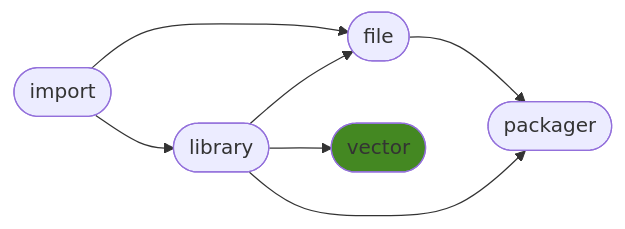
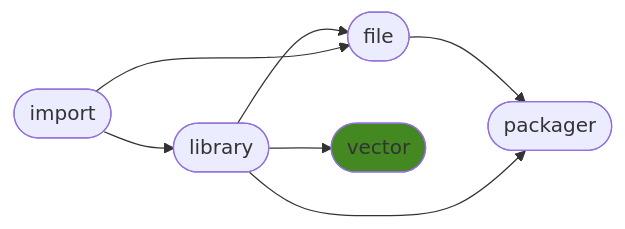
The diagram in README.md (ManderaGeneral/generalvector), drawn with Mermaid before and after one commit. The commit also changed other lines of this file and 1 other file, not shown here.

````diff
--- a/README.md
+++ b/README.md
@@ -24,15 +24,15 @@
 ```mermaid
 flowchart LR
+1([library]) --> 3([vector])
+0([import]) --> 1([library])
+1([library]) --> 2([file])
+0([import]) --> 2([file])
 2([file]) --> 4([packager])
-1([library]) --> 2([file])
-1([library]) --> 3([vector])
 1([library]) --> 4([packager])
-0([import]) --> 2([file])
-0([import]) --> 1([library])
 click 0 "https://github.com/ManderaGeneral/generalimport"
 click 1 "https://github.com/ManderaGeneral/generallibrary"
 click 2 "https://github.com/ManderaGeneral/generalfile"
 click 3 "https://github.com/ManderaGeneral/generalvector"
 click 4 "https://github.com/ManderaGeneral/generalpackager"
 style 3 fill:#482
 ```
````
